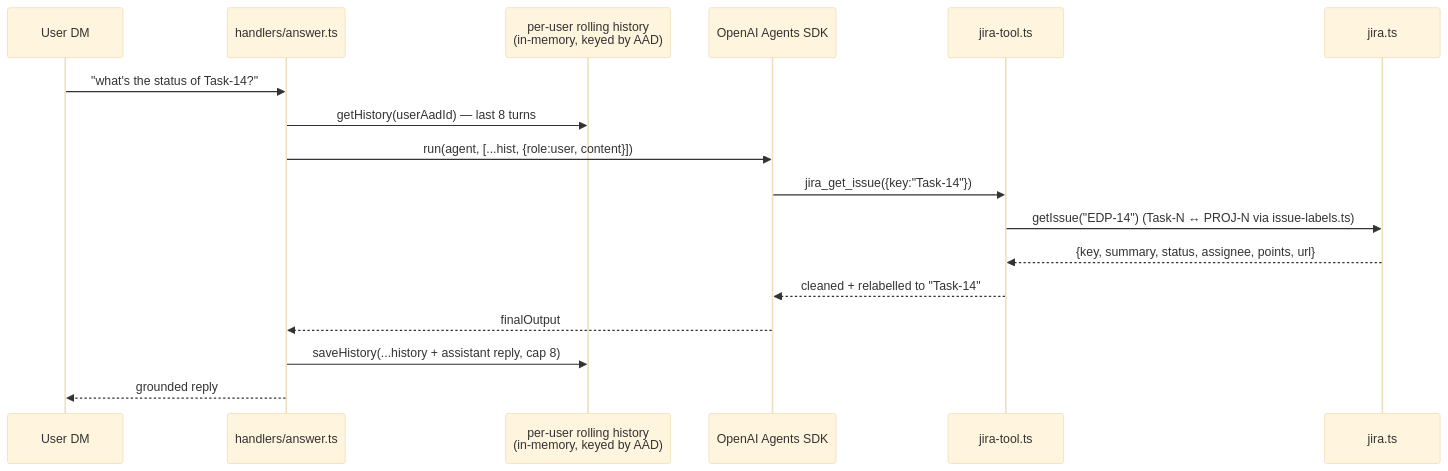
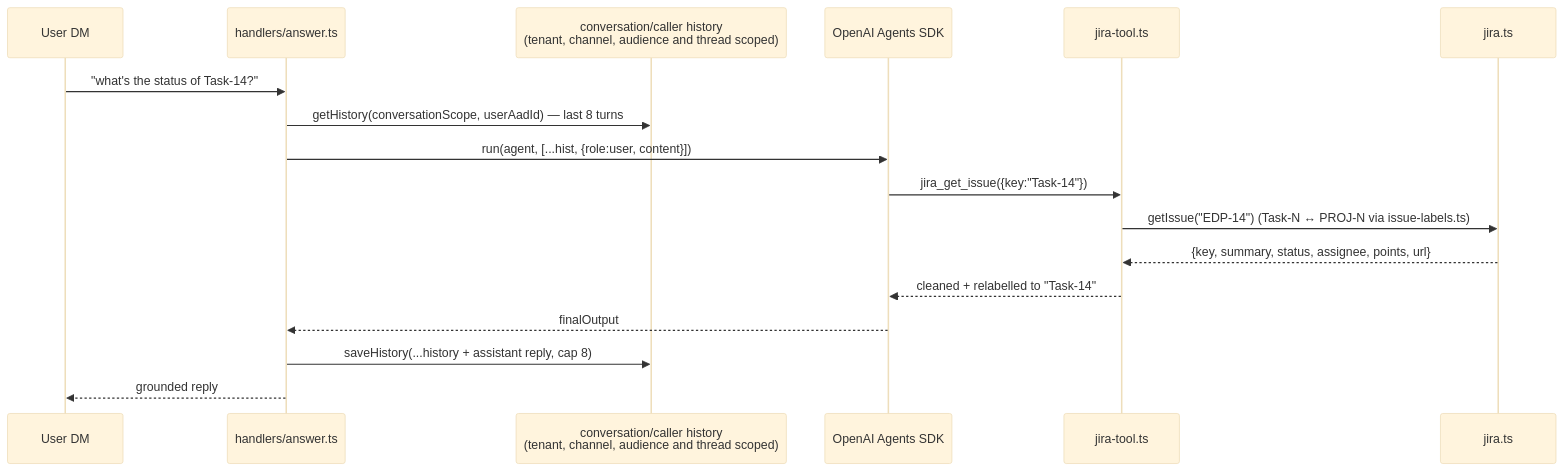
Before and after one commit to microsoft/Agent365-Samples: the fifth of 5 diagrams in scenarios/scrum-master/docs/design.md, drawn with Mermaid (base theme). The commit also changed other lines of this file and 2 other files, not shown here.

First line of the commit message:
Document conversation isolation and project-scoped Jira reads

````diff
--- a/scenarios/scrum-master/docs/design.md
+++ b/scenarios/scrum-master/docs/design.md
@@ -314,20 +314,20 @@
 ```mermaid
 sequenceDiagram
     participant User as User DM
     participant Answer as handlers/answer.ts
-    participant Hist as per-user rolling history<br/>(in-memory, keyed by AAD)
+    participant Hist as conversation/caller history<br/>(tenant, channel, audience and thread scoped)
     participant Agent as OpenAI Agents SDK
     participant Tools as jira-tool.ts
     participant Jira as jira.ts
 
     User->>Answer: "what's the status of Task-14?"
-    Answer->>Hist: getHistory(userAadId) — last 8 turns
+    Answer->>Hist: getHistory(conversationScope, userAadId) — last 8 turns
     Answer->>Agent: run(agent, [...hist, {role:user, content}])
     Agent->>Tools: jira_get_issue({key:"Task-14"})
     Tools->>Jira: getIssue("EDP-14")  (Task-N ↔ PROJ-N via issue-labels.ts)
     Jira-->>Tools: {key, summary, status, assignee, points, url}
     Tools-->>Agent: cleaned + relabelled to "Task-14"
     Agent-->>Answer: finalOutput
     Answer->>Hist: saveHistory(...history + assistant reply, cap 8)
     Answer-->>User: grounded reply
 ```
````
